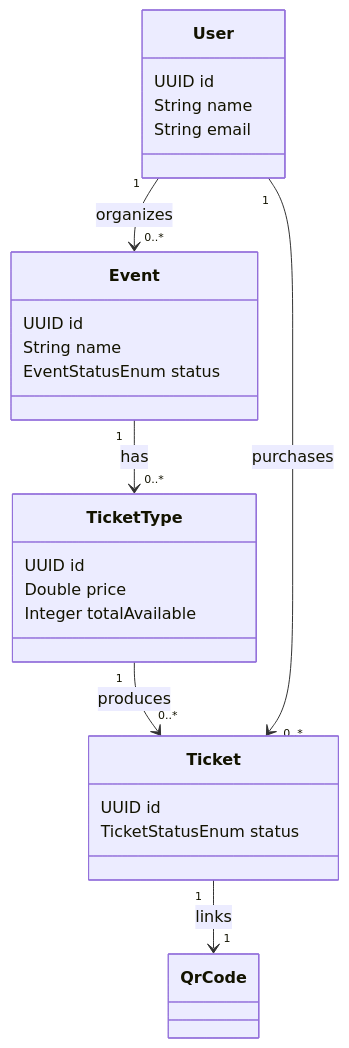
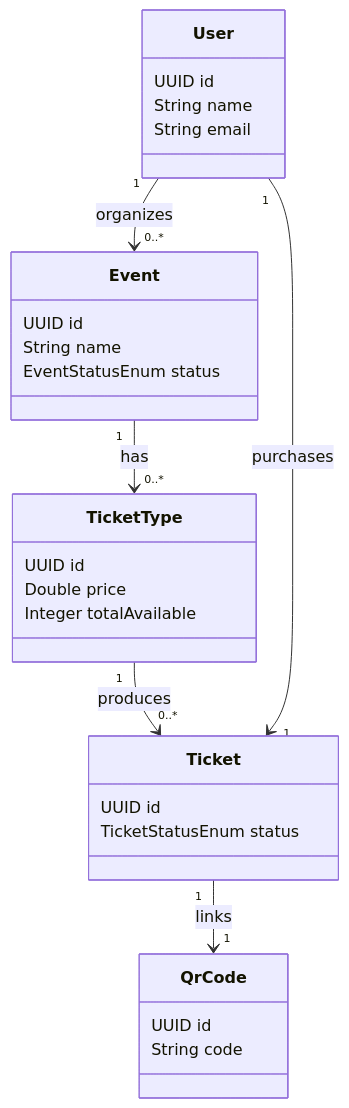
One commit to himanshugupta91/TicketForge-Event-Ticket-Platform changed the fourth of 5 diagrams in README.md. Above: the diagram before and after it, drawn with Mermaid. The commit also changed other lines of this file and 2 other files, not shown here.

Commit message:
docs: restructure README, fix diagrams, and migrate image assets

````diff
--- a/README.md
+++ b/README.md
@@ -189,31 +146,36 @@
 ```mermaid
 classDiagram
     class User {
         UUID id
         String name
         String email
     }
 
     class Event {
         UUID id
         String name
         EventStatusEnum status
     }
 
     class TicketType {
         UUID id
         Double price
         Integer totalAvailable
     }
 
     class Ticket {
         UUID id
         TicketStatusEnum status
     }
+    
+    class QrCode {
+        UUID id
+        String code
+    }
 
     User "1" --> "0..*" Event : organizes
     Event "1" --> "0..*" TicketType : has
     TicketType "1" --> "0..*" Ticket : produces
-    User "1" --> "0..*" Ticket : purchases
+    User "1" --> "1" Ticket : purchases
     Ticket "1" --> "1" QrCode : links
 ```
````
